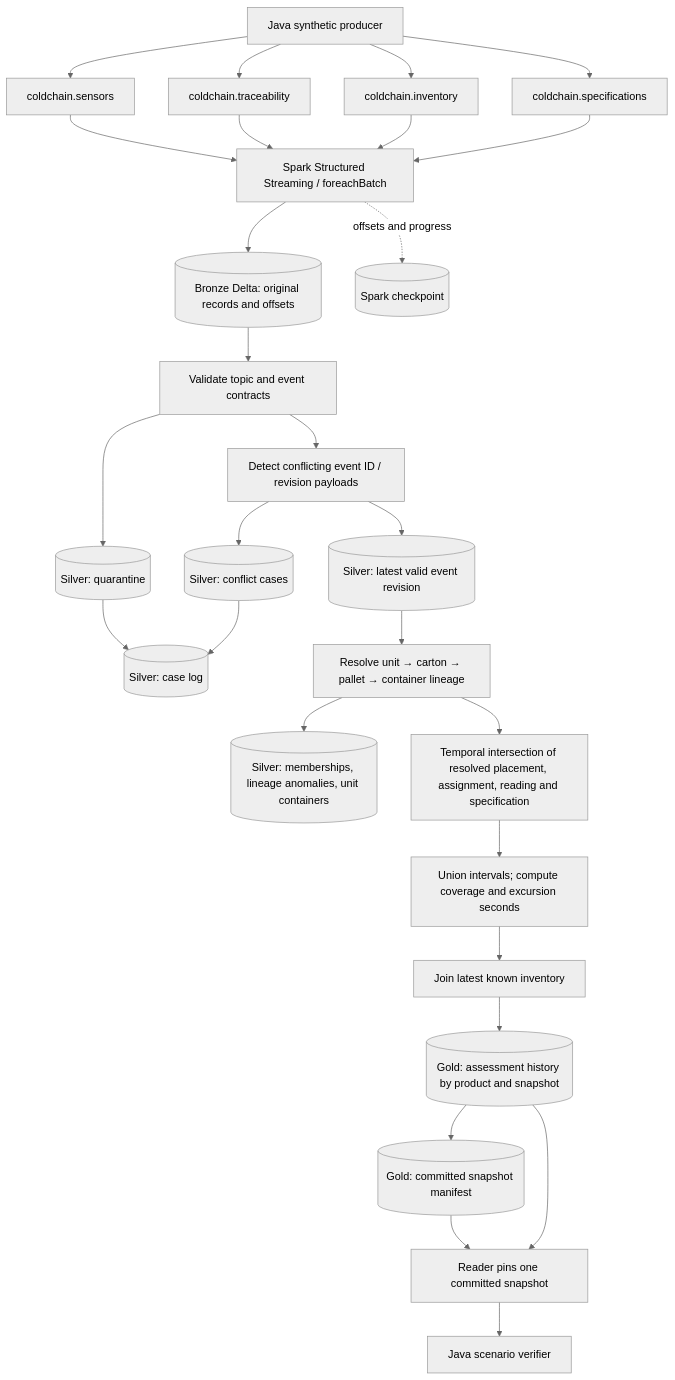
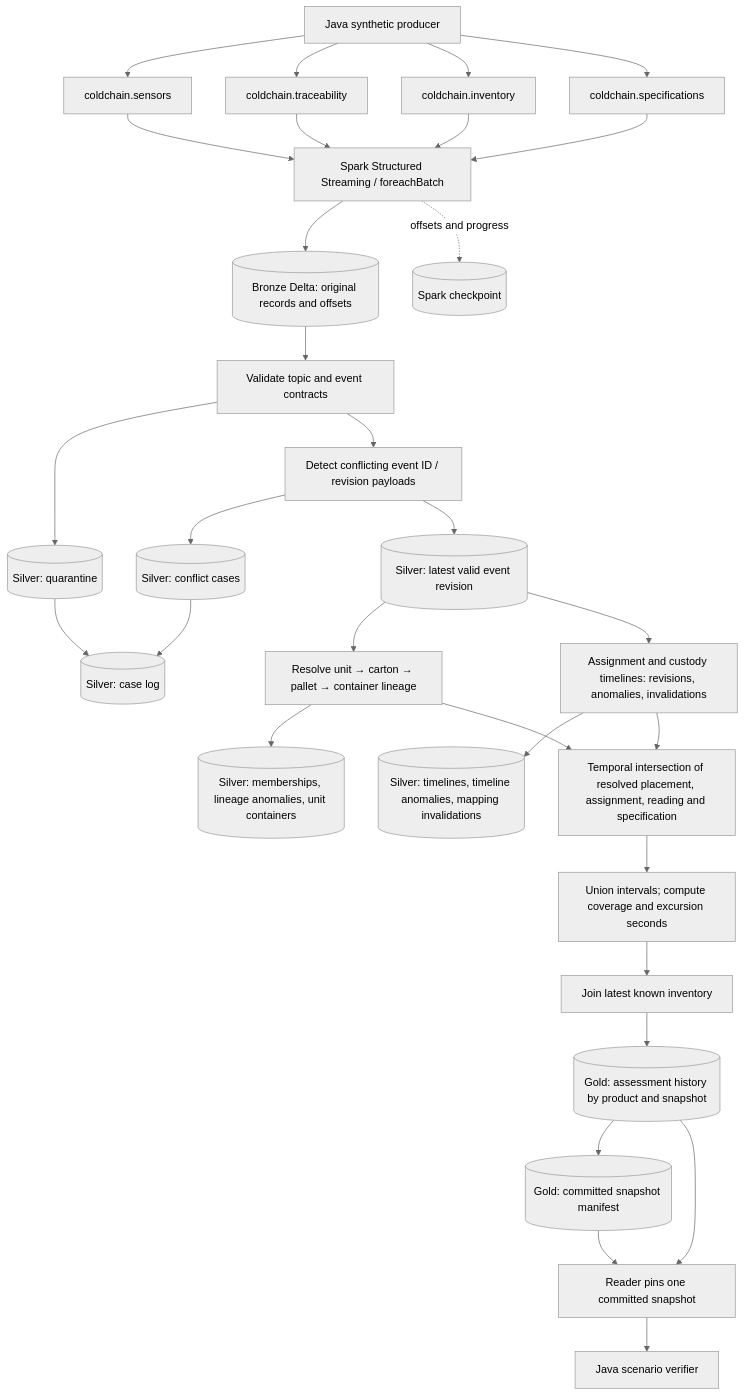
Before and after one commit to rmansoor/pharma-cold-chain: the first of 2 diagrams in docs/architecture.md, drawn with Mermaid (neutral theme). The commit also changed other lines of this file and 12 other files, not shown here.

First line of the commit message:
SID-18: Revisioned assignment and custody timelines

````diff
--- a/docs/architecture.md
+++ b/docs/architecture.md
@@ -13,30 +13,33 @@
 ```mermaid
 flowchart TD
   SIM[Java synthetic producer] --> S[coldchain.sensors]
   SIM --> T[coldchain.traceability]
   SIM --> I[coldchain.inventory]
   SIM --> P[coldchain.specifications]
   S --> ING[Spark Structured Streaming / foreachBatch]
   T --> ING
   I --> ING
   P --> ING
   ING --> B[(Bronze Delta: original records and offsets)]
   B --> V[Validate topic and event contracts]
   V --> Q[(Silver: quarantine)]
   V --> C[Detect conflicting event ID / revision payloads]
   C --> CQ[(Silver: conflict cases)]
   Q --> L[(Silver: case log)]
   CQ --> L
   C --> E[(Silver: latest valid event revision)]
   E --> LIN[Resolve unit → carton → pallet → container lineage]
   LIN --> LA[(Silver: memberships, lineage anomalies, unit containers)]
+  E --> TL[Assignment and custody timelines: revisions, anomalies, invalidations]
+  TL --> TA[(Silver: timelines, timeline anomalies, mapping invalidations)]
+  TL --> J
   LIN --> J[Temporal intersection of resolved placement, assignment, reading and specification]
   J --> U[Union intervals; compute coverage and excursion seconds]
   U --> INV[Join latest known inventory]
   INV --> H[(Gold: assessment history by product and snapshot)]
   H --> M[(Gold: committed snapshot manifest)]
   M --> R[Reader pins one committed snapshot]
   H --> R
   R --> VERIFY[Java scenario verifier]
   ING -. offsets and progress .-> CK[(Spark checkpoint)]
 ```
````
